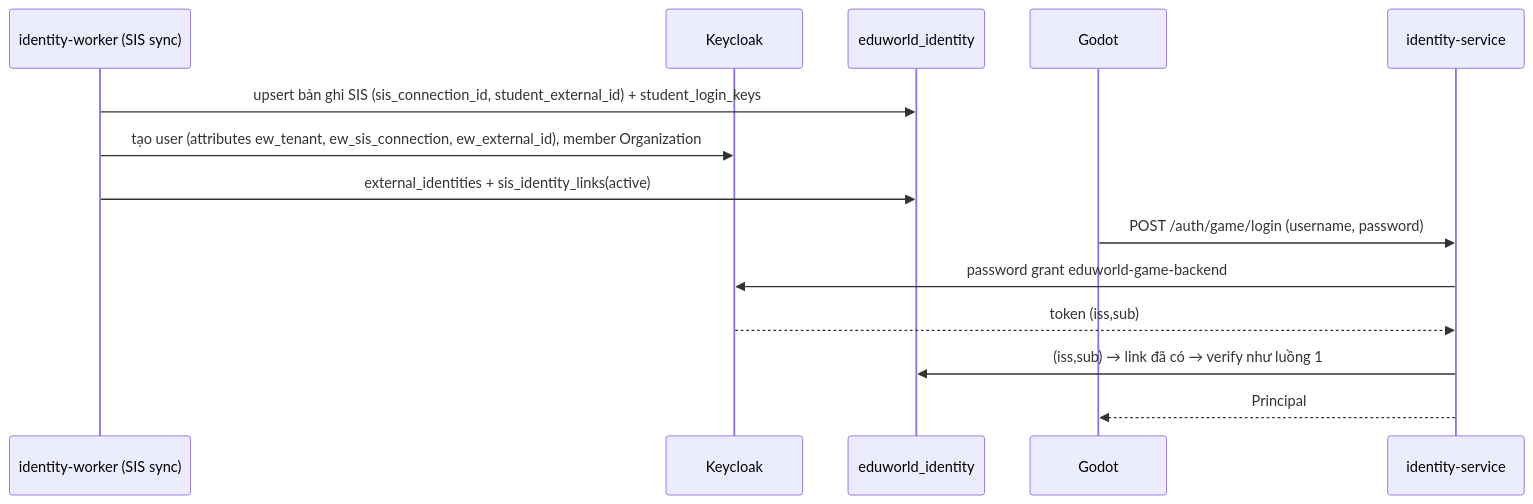
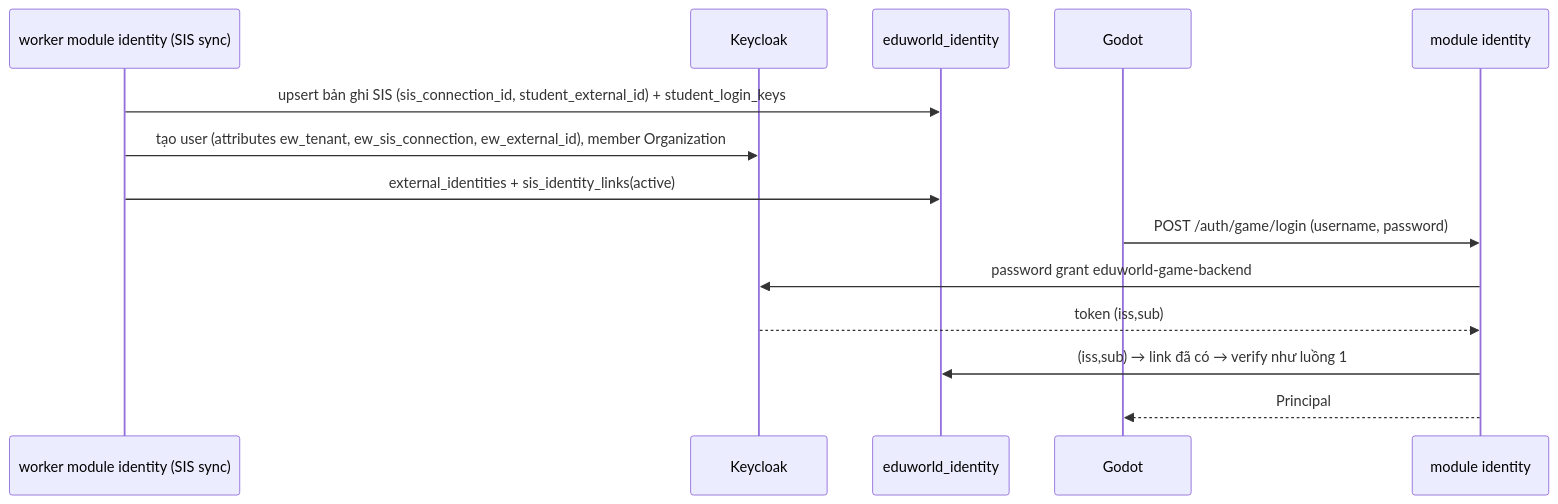
Before and after one commit to tanguyen2020/eduworld-platform: the third of 5 diagrams in docs/09-identity/IDENTITY_MAPPING.md, drawn with Mermaid. The commit also changed other lines of this file and 922 other files, not shown here.

````diff
--- a/docs/09-identity/IDENTITY_MAPPING.md
+++ b/docs/09-identity/IDENTITY_MAPPING.md
@@ -201,16 +202,16 @@
 ```mermaid
 sequenceDiagram
-  participant SYNC as identity-worker (SIS sync)
+  participant SYNC as worker module identity (SIS sync)
   participant KC as Keycloak
   participant DB as eduworld_identity
   participant C as Godot
-  participant IDS as identity-service
+  participant IDS as module identity
   SYNC->>DB: upsert bản ghi SIS (sis_connection_id, student_external_id) + student_login_keys
   SYNC->>KC: tạo user (attributes ew_tenant, ew_sis_connection, ew_external_id), member Organization
   SYNC->>DB: external_identities + sis_identity_links(active)
   C->>IDS: POST /auth/game/login (username, password)
   IDS->>KC: password grant eduworld-game-backend
   KC-->>IDS: token (iss,sub)
   IDS->>DB: (iss,sub) → link đã có → verify như luồng 1
   IDS-->>C: Principal
 ```
````
